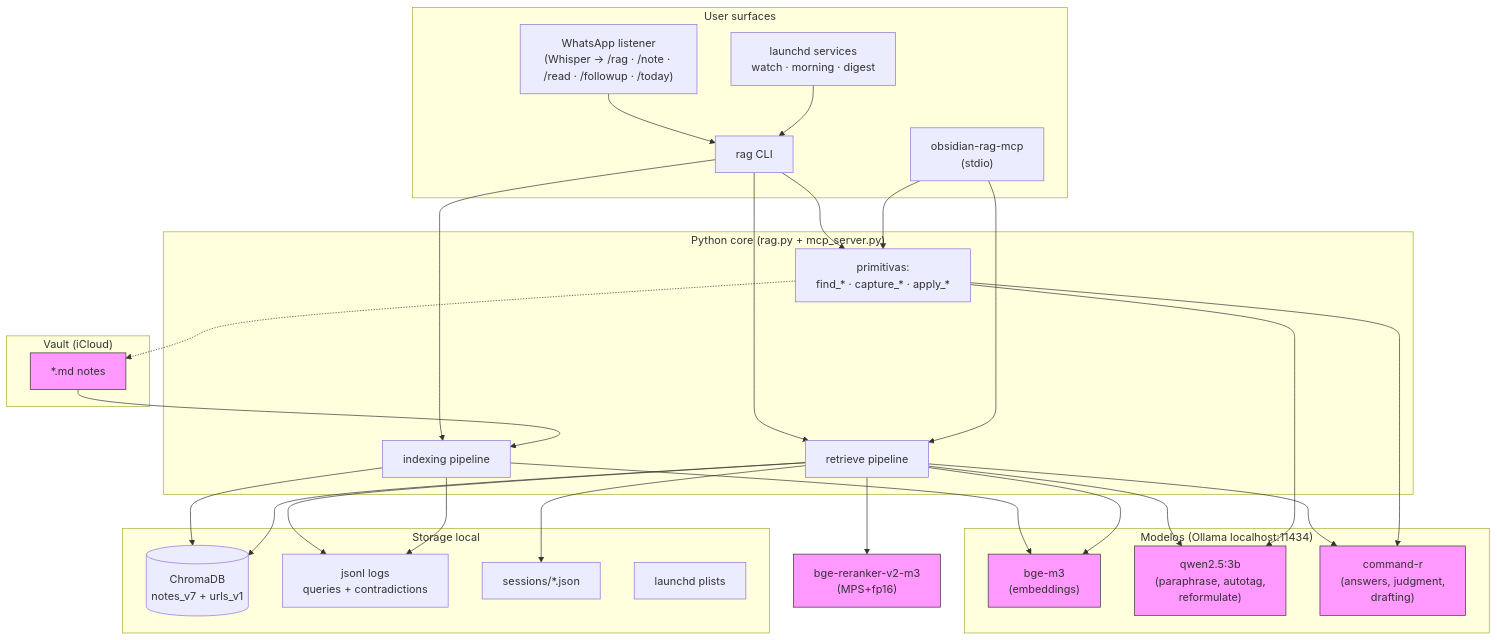
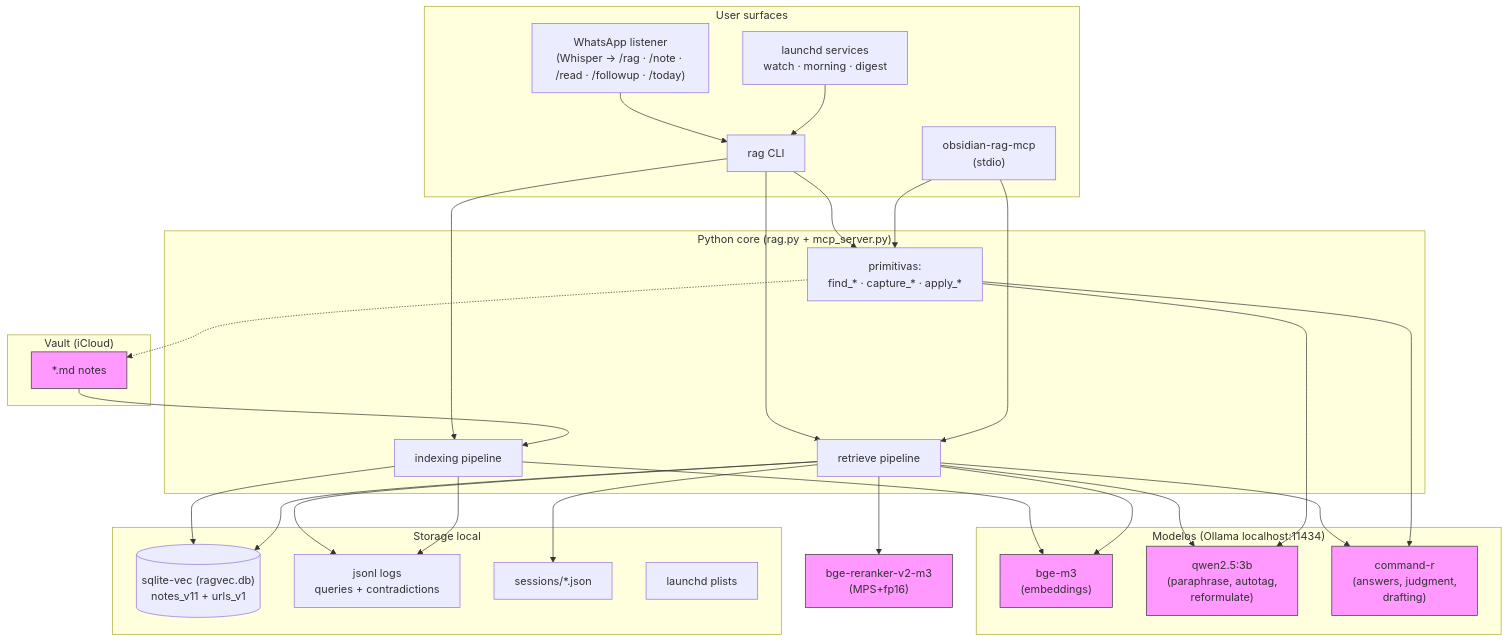
The first of 13 diagrams in docs/SYSTEM.md (jagoff/rag-obsidian), drawn with Mermaid before and after one commit. The commit also changed other lines of this file and 53 other files, not shown here.

````diff
--- a/docs/SYSTEM.md
+++ b/docs/SYSTEM.md
@@ -67,54 +67,54 @@
 ```mermaid
 graph TB
     subgraph "User surfaces"
         CLI[rag CLI]
         MCP["obsidian-rag-mcp<br/>(stdio)"]
         WA["WhatsApp listener<br/>(Whisper → /rag · /note · /read · /followup · /today)"]
         LAUNCHD["launchd services<br/>watch · morning · digest"]
     end
 
     subgraph "Python core (rag.py + mcp_server.py)"
         Retrieve[retrieve pipeline]
         Index[indexing pipeline]
         Prims["primitivas:<br/>find_* · capture_* · apply_*"]
     end
 
     subgraph "Storage local"
-        Chroma[("ChromaDB<br/>notes_v7 + urls_v1")]
+        Vec[("sqlite-vec (ragvec.db)<br/>notes_v11 + urls_v1")]
         JSONL["jsonl logs<br/>queries + contradictions"]
         Sess["sessions/*.json"]
         Plists["launchd plists"]
     end
 
     subgraph "Modelos (Ollama localhost:11434)"
         Embed["bge-m3<br/>(embeddings)"]
         Helper["qwen2.5:3b<br/>(paraphrase, autotag,<br/>reformulate)"]
         Chat["command-r<br/>(answers, judgment,<br/>drafting)"]
     end
 
     Reranker["bge-reranker-v2-m3<br/>(MPS+fp16)"]
 
     subgraph "Vault (iCloud)"
         Notes["*.md notes"]
     end
 
     CLI --> Retrieve & Index & Prims
     MCP --> Retrieve & Prims
     WA --> CLI
     LAUNCHD --> CLI
 
     Index --> Embed
-    Index --> Chroma
+    Index --> Vec
     Retrieve --> Embed & Helper & Chat & Reranker
-    Retrieve --> Chroma
+    Retrieve --> Vec
     Prims --> Chat & Helper
 
     Retrieve --> Sess & JSONL
     Index --> JSONL
 
     Notes --> Index
     Prims -.-> Notes
 
     classDef external fill:#f9f,stroke:#333
     class Notes,Embed,Helper,Chat,Reranker external
 ```
````
